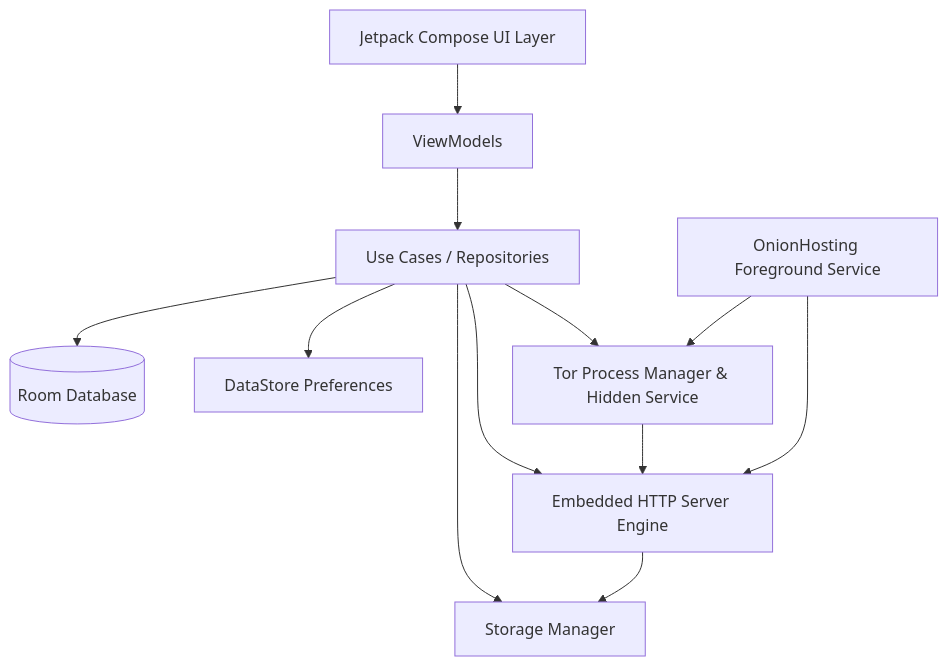
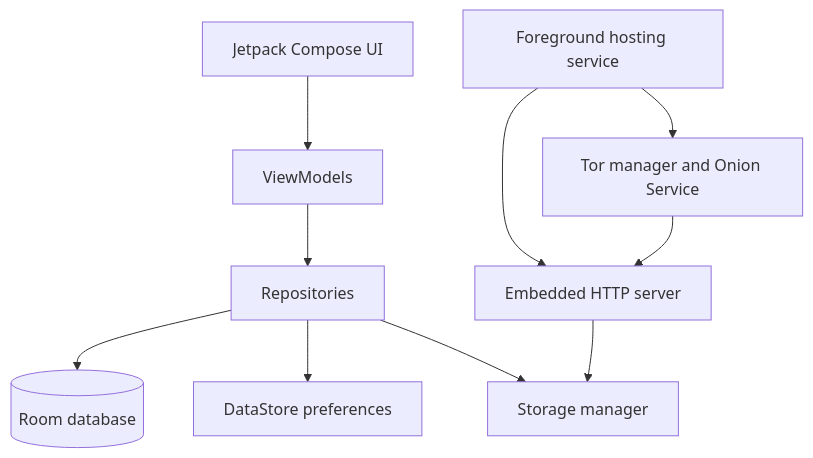
Before and after one commit to SecurityTalent/OnionHost: the diagram in README.md, drawn with Mermaid. The commit also changed other lines of this file and 11 other files, not shown here.

````diff
--- a/README.md
+++ b/README.md
@@ -44,14 +68,12 @@
 ```mermaid
 graph TD
-    UI[Jetpack Compose UI Layer] --> VM[ViewModels]
-    VM --> UC[Use Cases / Repositories]
-    UC --> DB[(Room Database)]
-    UC --> DS[DataStore Preferences]
-    UC --> FS[Storage Manager]
-    UC --> HTTP[Embedded HTTP Server Engine]
-    UC --> TOR[Tor Process Manager & Hidden Service]
+    UI[Jetpack Compose UI] --> VM[ViewModels]
+    VM --> REPO[Repositories]
+    REPO --> DB[(Room database)]
+    REPO --> DS[DataStore preferences]
+    REPO --> FS[Storage manager]
+    SERVICE[Foreground hosting service] --> HTTP[Embedded HTTP server]
+    SERVICE --> TOR[Tor manager and Onion Service]
     HTTP --> FS
     TOR --> HTTP
-    SERVICE[OnionHosting Foreground Service] --> HTTP
-    SERVICE --> TOR
 ```
````
